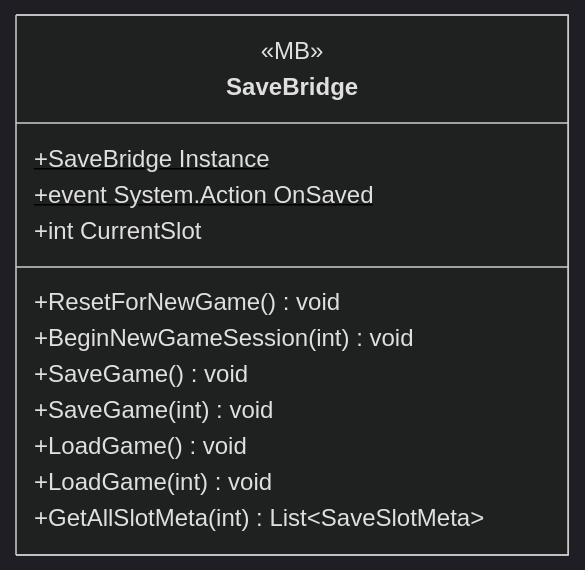
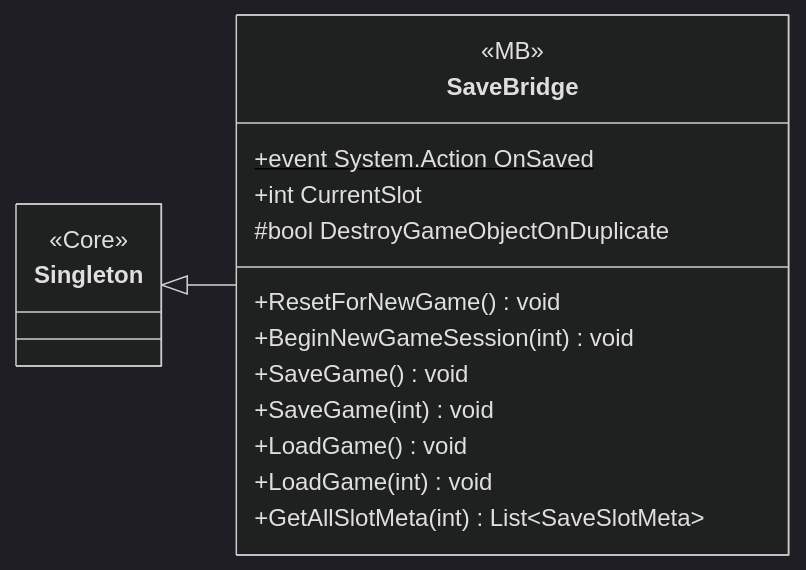
The diagram in docs/uml/modules/Gameplay_Save.md (PhumipatWave/project-ocean), drawn with Mermaid (dark theme) before and after one commit. The commit also changed other lines of this file and 71 other files, not shown here.

Commit message:
Update UML diagrams

````diff
--- a/docs/uml/modules/Gameplay_Save.md
+++ b/docs/uml/modules/Gameplay_Save.md
@@ -7,17 +7,21 @@
 ```mermaid
 classDiagram
   direction LR
   class SaveBridge {
     <<MB>>
-    +SaveBridge Instance$
     +event System.Action OnSaved$
     +int CurrentSlot
+    #bool DestroyGameObjectOnDuplicate
     +ResetForNewGame() void
     +BeginNewGameSession(int) void
     +SaveGame() void
     +SaveGame(int) void
     +LoadGame() void
     +LoadGame(int) void
     +GetAllSlotMeta(int) List~SaveSlotMeta~
   }
+  class Singleton {
+    <<Core>>
+  }
+  Singleton <|-- SaveBridge
 ```
````
